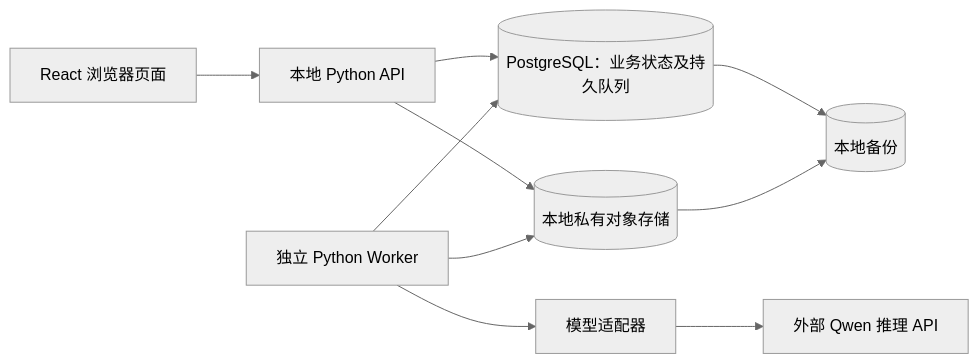
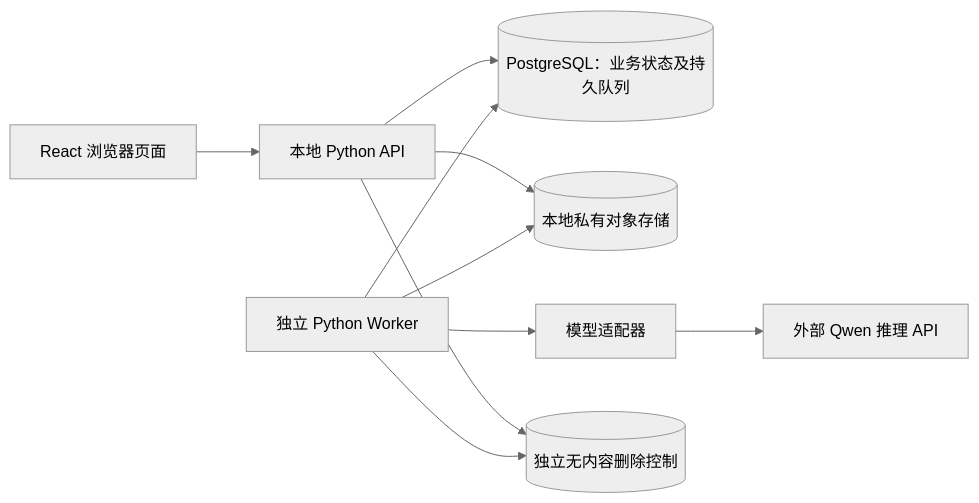
Before and after one commit to YatongXing/video-summary-app: the diagram in docs/ARCHITECTURE.md, drawn with Mermaid (neutral theme). The commit also changed other lines of this file and 65 other files, not shown here.

````diff
--- a/docs/ARCHITECTURE.md
+++ b/docs/ARCHITECTURE.md
@@ -23,12 +23,12 @@
 ```mermaid
 flowchart LR
   B[React 浏览器页面] --> A[本地 Python API]
   A --> P[(PostgreSQL：业务状态及持久队列)]
   A --> O[(本地私有对象存储)]
   W[独立 Python Worker] --> P
   W --> O
   W --> M[模型适配器]
   M --> Q[外部 Qwen 推理 API]
-  P --> K[(本地备份)]
-  O --> K
+  A --> J[(独立无内容删除控制)]
+  W --> J
 ```
````
